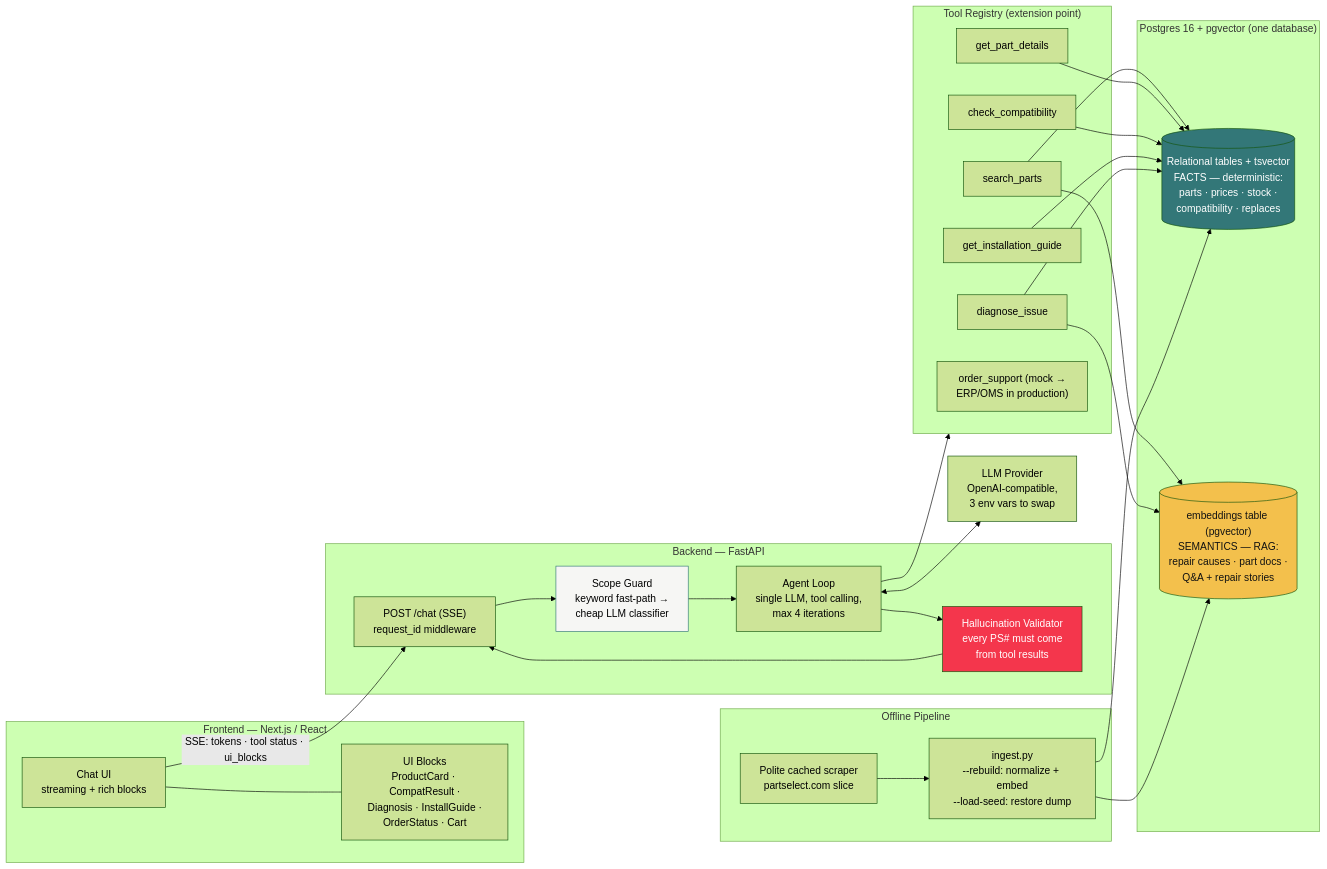
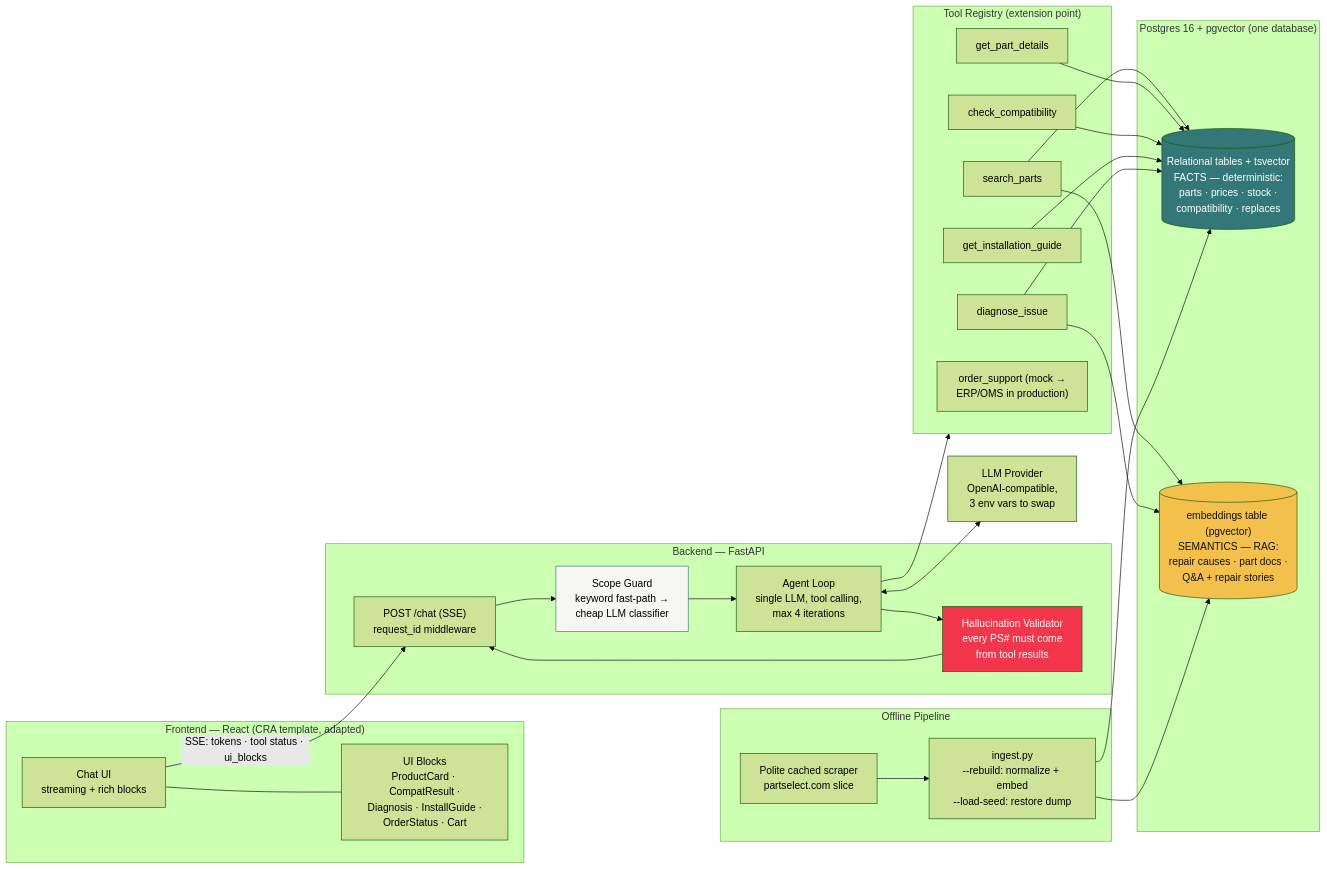
Before and after one commit to ScooterStuff/case-study: the first of 2 diagrams in playbook/ARCHITECTURE.md, drawn with Mermaid (forest theme). The commit also changed other lines of this file and 4 other files, not shown here.

Commit message:
docs: README with eval table, architecture, tradeoffs, limitations

````diff
--- a/playbook/ARCHITECTURE.md
+++ b/playbook/ARCHITECTURE.md
@@ -7,52 +7,52 @@
 ```mermaid
 flowchart LR
-    subgraph CLIENT["Frontend — Next.js / React"]
+    subgraph CLIENT["Frontend — React (CRA template, adapted)"]
         UI["Chat UI<br/>streaming + rich blocks"]
         BLOCKS["UI Blocks<br/>ProductCard · CompatResult ·<br/>Diagnosis · InstallGuide ·<br/>OrderStatus · Cart"]
         UI --- BLOCKS
     end
 
     subgraph API["Backend — FastAPI"]
         SSE["POST /chat (SSE)<br/>request_id middleware"]
         GUARD["Scope Guard<br/>keyword fast-path →<br/>cheap LLM classifier"]
         AGENT["Agent Loop<br/>single LLM, tool calling,<br/>max 4 iterations"]
         VAL["Hallucination Validator<br/>every PS# must come<br/>from tool results"]
         SSE --> GUARD --> AGENT --> VAL --> SSE
     end
 
     subgraph TOOLS["Tool Registry (extension point)"]
         T1["search_parts"]
         T2["get_part_details"]
         T3["check_compatibility"]
         T4["diagnose_issue"]
         T5["get_installation_guide"]
         T6["order_support (mock →<br/>ERP/OMS in production)"]
     end
 
     subgraph DATA["Postgres 16 + pgvector (one database)"]
         SQL[("Relational tables + tsvector<br/>FACTS — deterministic:<br/>parts · prices · stock ·<br/>compatibility · replaces")]
         VEC[("embeddings table (pgvector)<br/>SEMANTICS — RAG:<br/>repair causes · part docs ·<br/>Q&A + repair stories")]
     end
 
     subgraph PIPELINE["Offline Pipeline"]
         SCRAPER["Polite cached scraper<br/>partselect.com slice"]
         INGEST["ingest.py<br/>--rebuild: normalize + embed<br/>--load-seed: restore dump"]
         SCRAPER --> INGEST
     end
 
     LLM["LLM Provider<br/>OpenAI-compatible,<br/>3 env vars to swap"]
 
     UI -- "SSE: tokens · tool status · ui_blocks" --> SSE
     AGENT <--> LLM
     AGENT --> TOOLS
     T1 & T2 & T3 & T5 --> SQL
     T1 & T4 --> VEC
     T4 --> SQL
     INGEST --> SQL
     INGEST --> VEC
 
     style SQL fill:#337778,color:#fff
     style VEC fill:#f3c04c,color:#121212
     style VAL fill:#f4364c,color:#fff
     style GUARD fill:#f6f6f4,stroke:#337778
 ```
````
